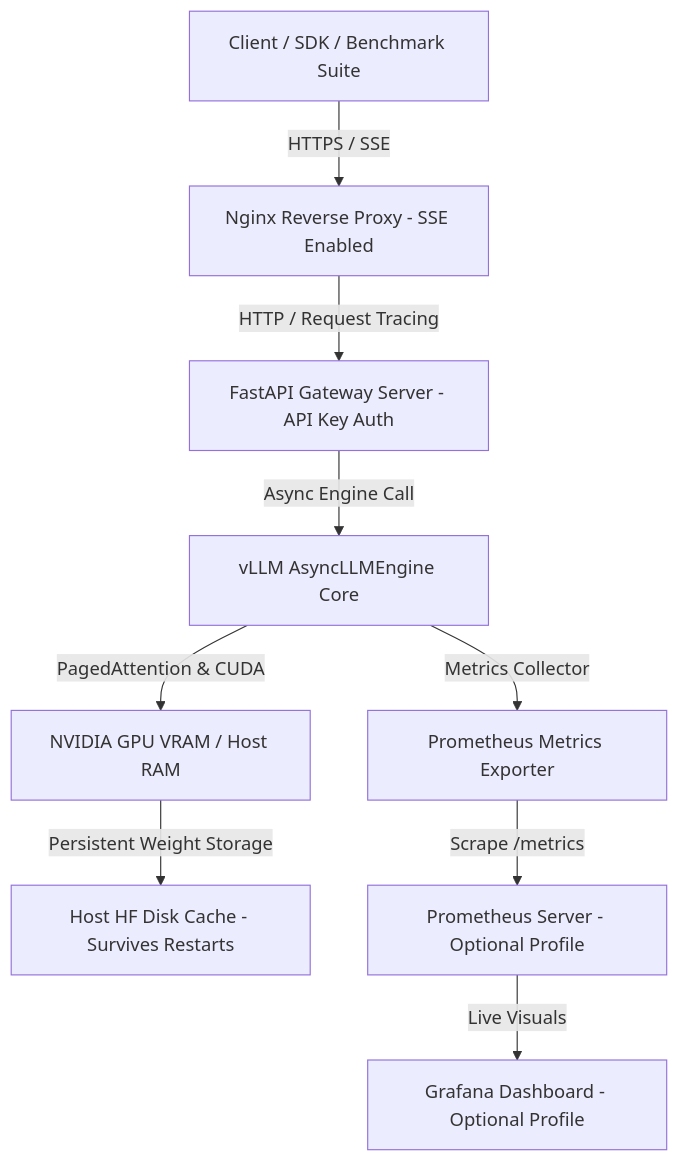
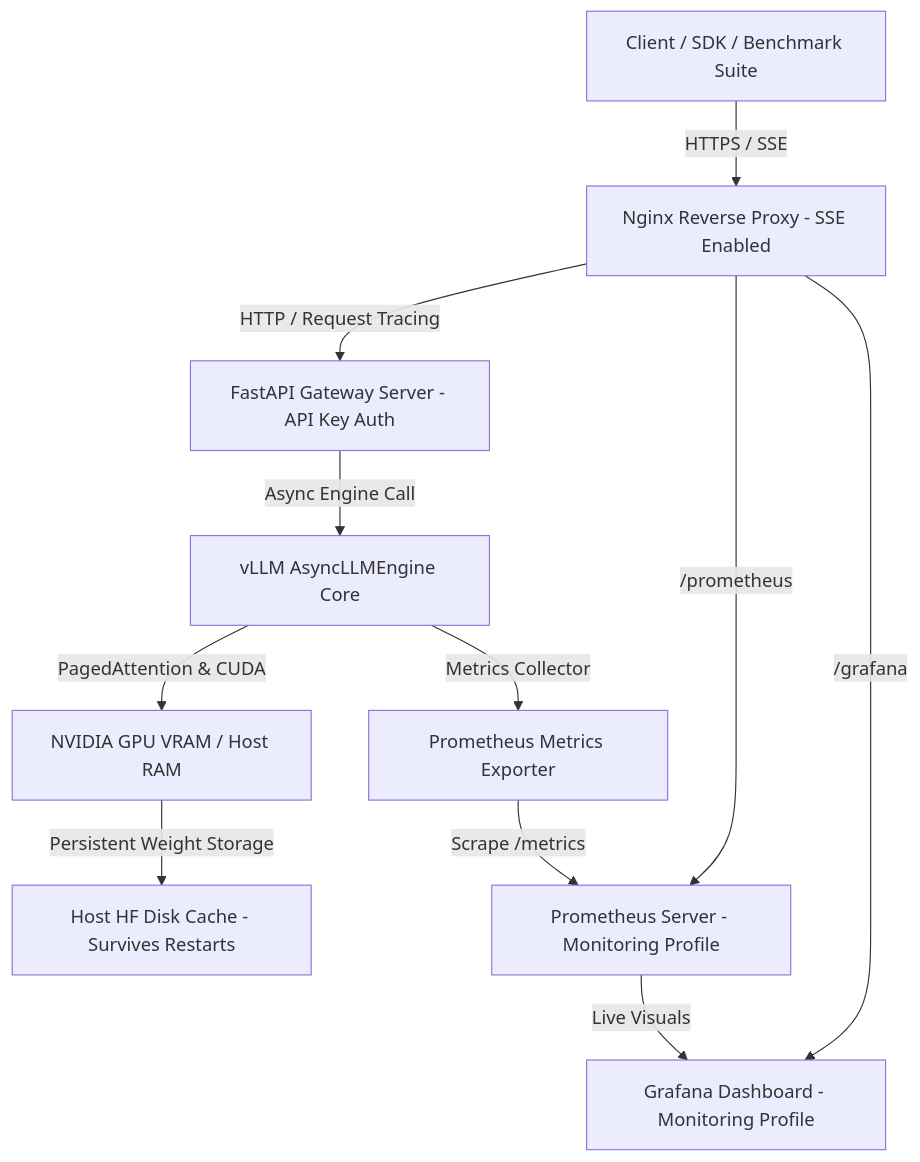
One commit to Prathamesh-Udoshi/vllm-gpu-server changed the diagram in README.md. Above: the diagram before and after it, drawn with Mermaid. The commit also changed other lines of this file and 3 other files, not shown here.

````diff
--- a/README.md
+++ b/README.md
@@ -11,11 +11,13 @@
 ```mermaid
 graph TD
     Client[Client / SDK / Benchmark Suite] -->|HTTPS / SSE| Nginx[Nginx Reverse Proxy - SSE Enabled]
     Nginx -->|HTTP / Request Tracing| FastAPI[FastAPI Gateway Server - API Key Auth]
+    Nginx -->|/prometheus| Prometheus[Prometheus Server - Monitoring Profile]
+    Nginx -->|/grafana| Grafana[Grafana Dashboard - Monitoring Profile]
     FastAPI -->|Async Engine Call| vLLMEngine[vLLM AsyncLLMEngine Core]
     vLLMEngine -->|PagedAttention & CUDA| Hardware[NVIDIA GPU VRAM / Host RAM]
     Hardware -->|Persistent Weight Storage| ModelCache[Host HF Disk Cache - Survives Restarts]
     vLLMEngine -->|Metrics Collector| PrometheusExporter[Prometheus Metrics Exporter]
-    PrometheusExporter -->|Scrape /metrics| Prometheus[Prometheus Server - Optional Profile]
-    Prometheus -->|Live Visuals| Grafana[Grafana Dashboard - Optional Profile]
+    PrometheusExporter -->|Scrape /metrics| Prometheus
+    Prometheus -->|Live Visuals| Grafana
 ```
````
